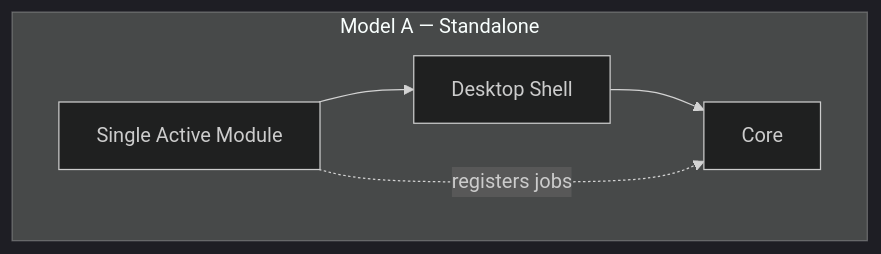
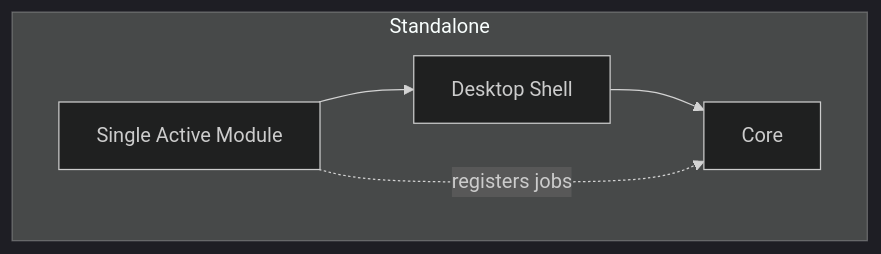
Before and after one commit to jeremysykes/aro-studio-apps-dev: the first of 4 diagrams in diagrams/module-models.md, drawn with Mermaid (dark theme). The commit also changed other lines of this file and 15 other files, not shown here.

````diff
--- a/diagrams/module-models.md
+++ b/diagrams/module-models.md
@@ -7,11 +7,11 @@
 ```mermaid
 flowchart TB
-  subgraph ModelA ["Model A — Standalone"]
+  subgraph ModelA ["Standalone"]
     DesktopA[Desktop Shell]
     ModuleA[Single Active Module]
     CoreA[Core]
     DesktopA --> CoreA
     ModuleA --> DesktopA
     ModuleA -.->|registers jobs| CoreA
   end
 ```
````
